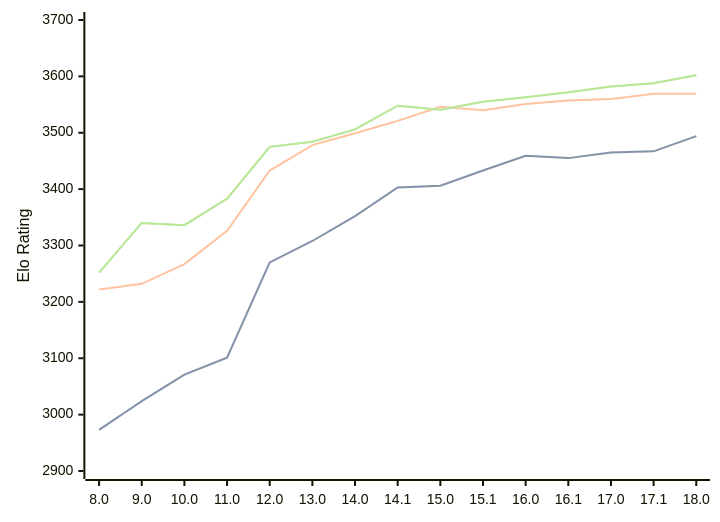
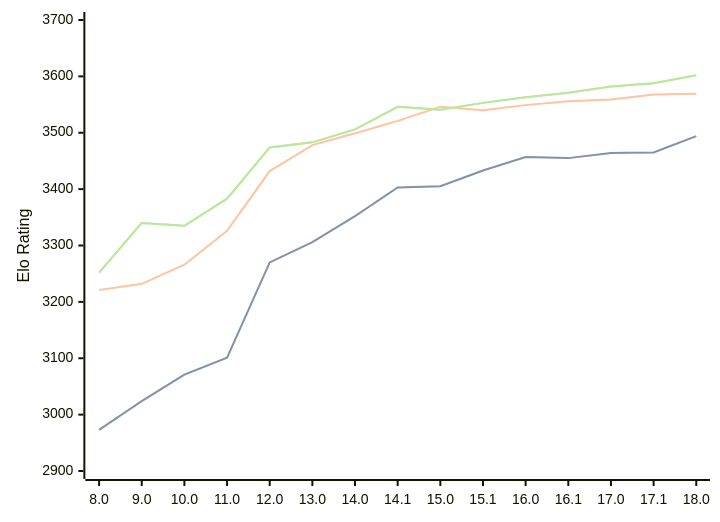
Before and after one commit to computer-chess-index/cci: the third of 3 diagrams in engines/Stockfish.md, drawn with Mermaid. The commit also changed other lines of this file, not shown here.

Commit message:
Update CCI Ratings (ELO VLTC) - 2026-06-19

````diff
--- a/engines/Stockfish.md
+++ b/engines/Stockfish.md
@@ -79,11 +79,11 @@
 ```mermaid
 %%{init: {"theme":"base","themeVariables":{"seriesColors:['#a3a3a3','#222221','#faa371']}}}%%
 xychart-beta
   x-axis ["8.0", "9.0", "10.0", "11.0", "12.0", "13.0", "14.0", "14.1", "15.0", "15.1", "16.0", "16.1", "17.0", "17.1", "18.0"]
   y-axis "Elo Rating" 2900 --> 3700
-  line "STC (8.0+0.08s)" [2973, 3024, 3071, 3101, 3270, 3308, 3352, 3403, 3406, 3433, 3459, 3455, 3465, 3467, 3494]
-  line "STC (8.0+0.08s)" [2973, 3024, 3071, 3101, 3270, 3308, 3352, 3403, 3406, 3433, 3459, 3455, 3465, 3467, 3494]
-  line "LTC (60.0+0.60s)" [3222, 3232, 3267, 3326, 3433, 3478, 3499, 3521, 3546, 3540, 3551, 3557, 3560, 3569, 3569]
-  line "VLTC (2m24s+1.12s)" [3252, 3340, 3336, 3383, 3475, 3484, 3506, 3548, 3541, 3555, 3563, 3572, 3582, 3588, 3602]
-  line "VLTC (2m24s+1.12s)" [3252, 3340, 3336, 3383, 3475, 3484, 3506, 3548, 3541, 3555, 3563, 3572, 3582, 3588, 3602]
+  line "STC (8.0+0.08s)" [2973, 3024, 3071, 3101, 3270, 3306, 3352, 3403, 3405, 3433, 3457, 3455, 3464, 3465, 3494]
+  line "STC (8.0+0.08s)" [2973, 3024, 3071, 3101, 3270, 3306, 3352, 3403, 3405, 3433, 3457, 3455, 3464, 3465, 3494]
+  line "LTC (60.0+0.60s)" [3221, 3232, 3266, 3326, 3432, 3478, 3499, 3521, 3546, 3540, 3549, 3556, 3559, 3568, 3569]
+  line "VLTC (2m24s+1.12s)" [3252, 3340, 3335, 3383, 3474, 3483, 3506, 3546, 3541, 3553, 3563, 3571, 3582, 3588, 3602]
+  line "VLTC (2m24s+1.12s)" [3252, 3340, 3335, 3383, 3474, 3483, 3506, 3546, 3541, 3553, 3563, 3571, 3582, 3588, 3602]
 ```
````
